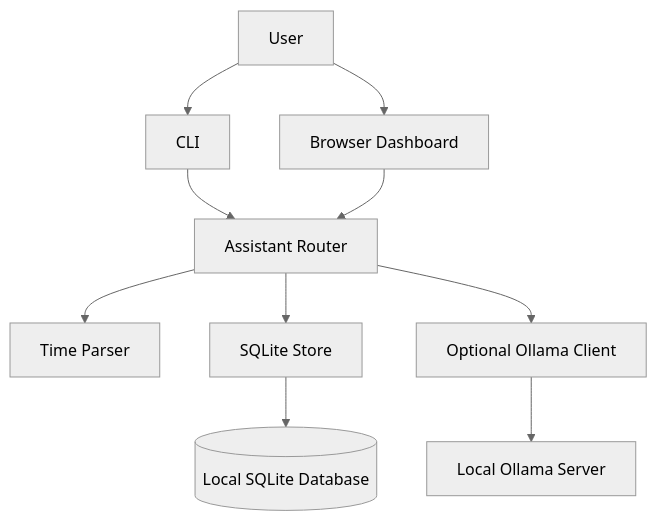
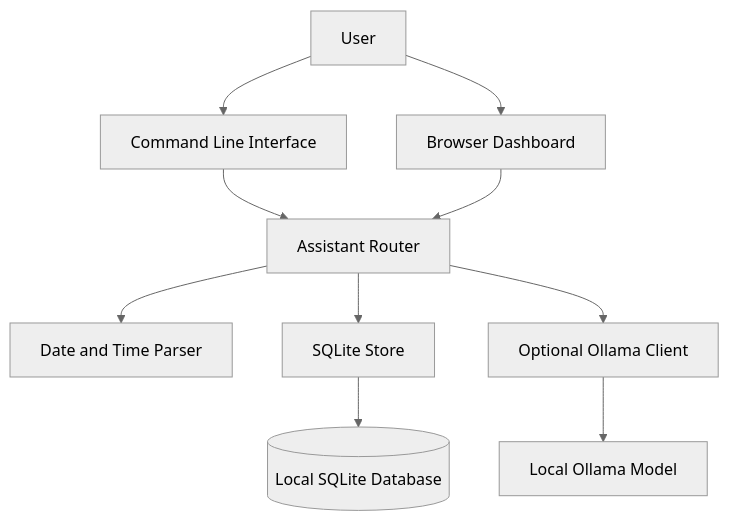
One commit to ansh44233/jarvis-assistant changed the diagram in README.md. Above: the diagram before and after it, drawn with Mermaid (neutral theme). The commit also changed other lines of this file, not shown here.

Commit message:
Upgrade README with demo, architecture, badges and star history

````diff
--- a/README.md
+++ b/README.md
@@ -210,12 +233,12 @@
 ```mermaid
 flowchart TD
-    U[User] --> I[CLI]
-    U --> W[Browser Dashboard]
-    I --> A[Assistant Router]
-    W --> A
-    A --> T[Time Parser]
-    A --> S[SQLite Store]
-    A --> AI[Optional Ollama Client]
-    S --> DB[(Local SQLite Database)]
-    AI --> O[Local Ollama Server]
+    U[User] --> CLI[Command Line Interface]
+    U --> WEB[Browser Dashboard]
+    CLI --> CORE[Assistant Router]
+    WEB --> CORE
+    CORE --> TIME[Date and Time Parser]
+    CORE --> STORE[SQLite Store]
+    CORE --> AI[Optional Ollama Client]
+    STORE --> DB[(Local SQLite Database)]
+    AI --> MODEL[Local Ollama Model]
 ```
````
